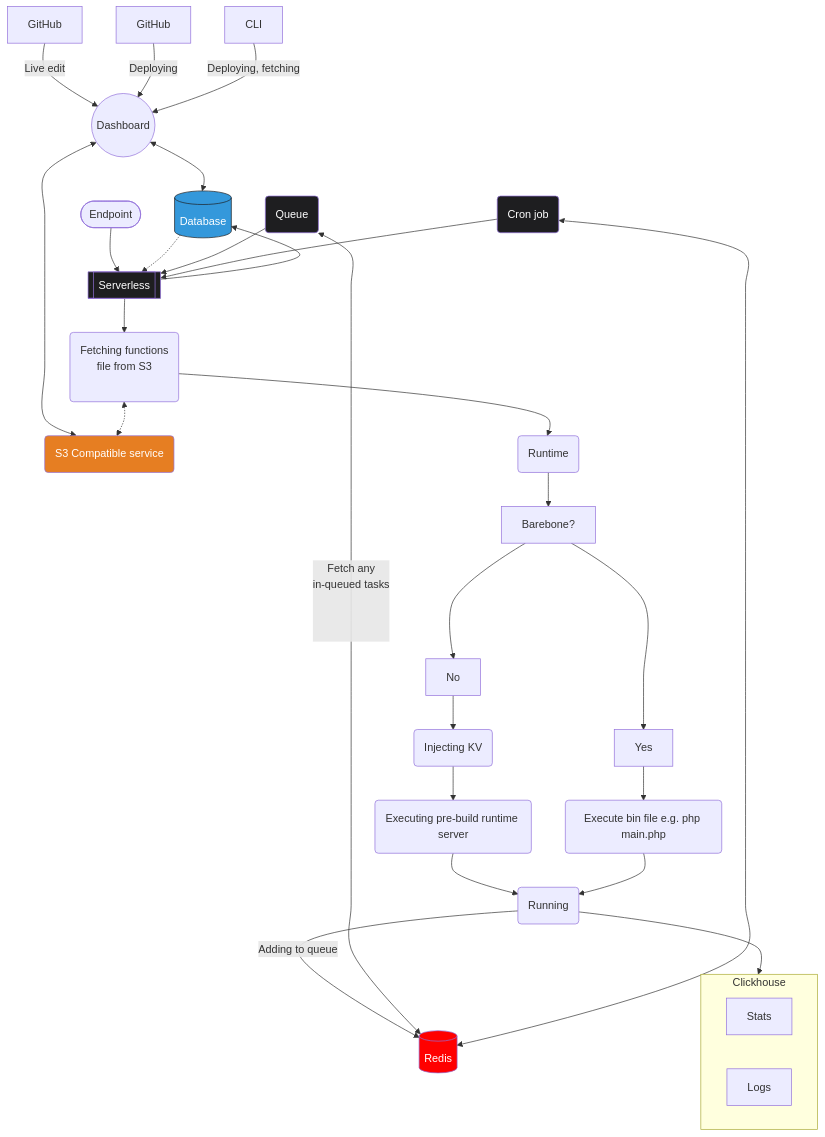
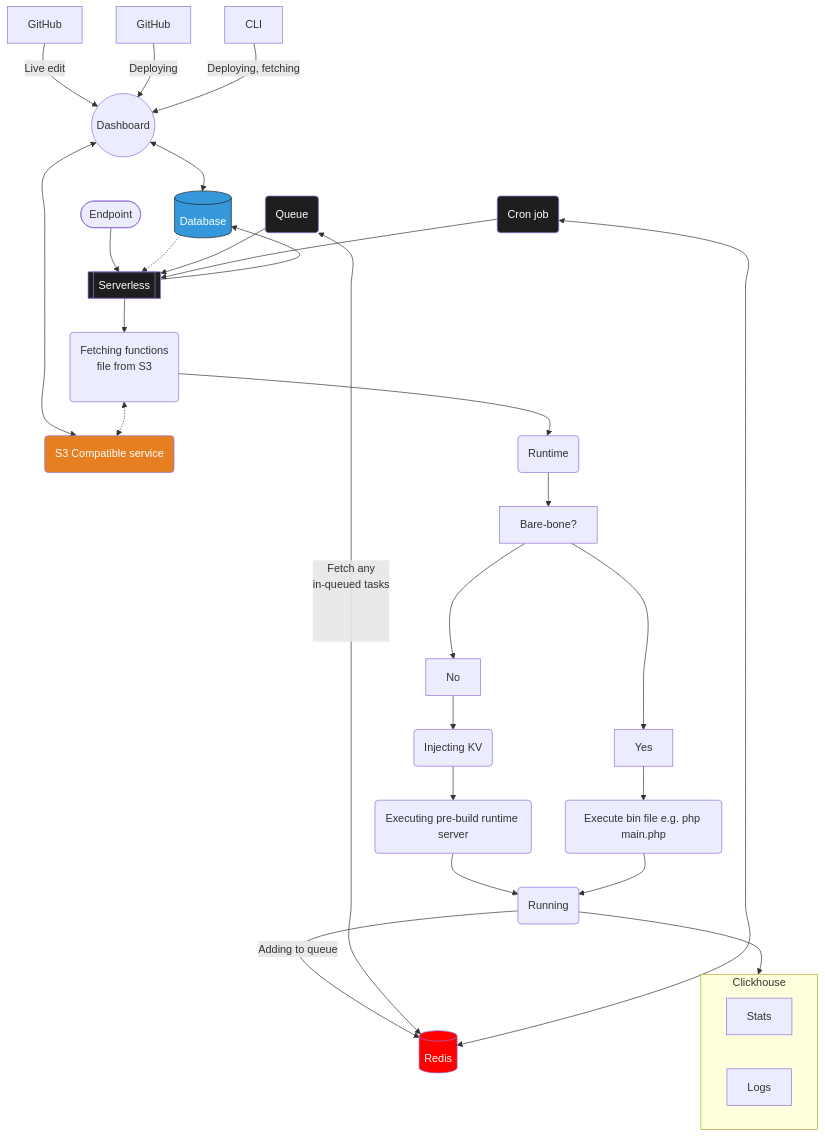
One commit to edgeable/edgeable changed the diagram in README.md. Above: the diagram before and after it, drawn with Mermaid. The commit also changed other lines of this file and 8 other files, not shown here.

````diff
--- a/README.md
+++ b/README.md
@@ -119,43 +123,43 @@
 ```mermaid
 %%{ init: { 'flowchart': { 'curve': 'catmullRom' } } }%%
 graph TD
   L[GitHub] -->|Live edit| D((Dashboard))
   G[GitHub] -->|Deploying| D((Dashboard))
   Cli[CLI] -->|Deploying, fetching| D((Dashboard))
 	DB[(Database)]
 	KV[(Redis)]
 	D <--> DB
 	D <--> S3
 	S3(S3 Compatible service)
 	E([Endpoint]) --> S[[Serverless]]
 	S --> DB
 	DB -.-> S
     S --> F(Fetching functions\nfile from S3\n\n)
 	F <-.-> S3
 	F -->R(Runtime)
-	R --> P[Barebone?]
+	R --> P[Bare-bone?]
 	P --> Yes
 	Yes --> Ex(Execute bin file e.g. php main.php)
 	P --> No
 	No --> I(Injecting KV)
 	I --> Ex2(Executing pre-build runtime server)
 	Ex2-->	Function(Running)
 	Ex --> Function
 	Function --> |Adding to queue| KV
 	Q(Queue) <-->|Fetch any\nin-queued tasks\n\n\n\n| KV	
 	Q --> S	
 	C(Cron job) --> S
 	C <--> KV
 	Function --> Usage
 	subgraph Usage[Clickhouse]
 		Stats 
 		Logs
 	end
 
 	style DB fill:#3498db,color:white,stroke:#1e1e20;
 	style KV fill:#ff0000,color:white;
 	style S3 fill:#e67e22,color:white;
 	style Q fill:#1e1e20,color:white;
 	style C fill:#1e1e20,color:white;
 	style S fill:#1e1e20,color:white;
 ```
````
